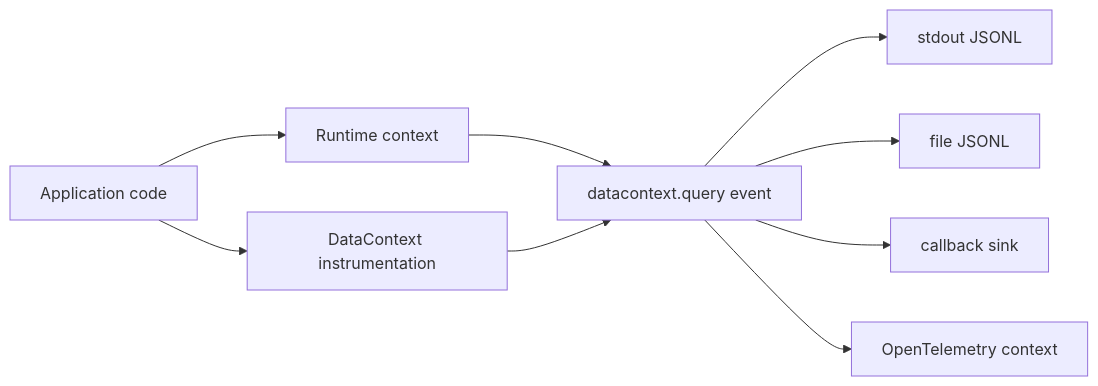
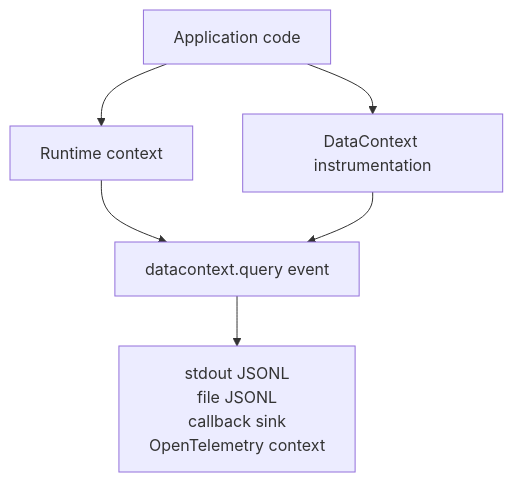
The diagram in README.md (data-context-hq/datacontext), drawn with Mermaid before and after one commit. The commit also changed other lines of this file and 5 other files, not shown here.

````diff
--- a/README.md
+++ b/README.md
@@ -22,11 +22,8 @@
 ```mermaid
-flowchart LR
+flowchart TD
     app[Application code] --> ctx[Runtime context]
     app --> inst[DataContext instrumentation]
     ctx --> event[datacontext.query event]
     inst --> event
-    event --> stdout[stdout JSONL]
-    event --> file[file JSONL]
-    event --> callback[callback sink]
-    event --> otel[OpenTelemetry context]
+    event --> sinks[stdout JSONL<br/>file JSONL<br/>callback sink<br/>OpenTelemetry context]
 ```
````
